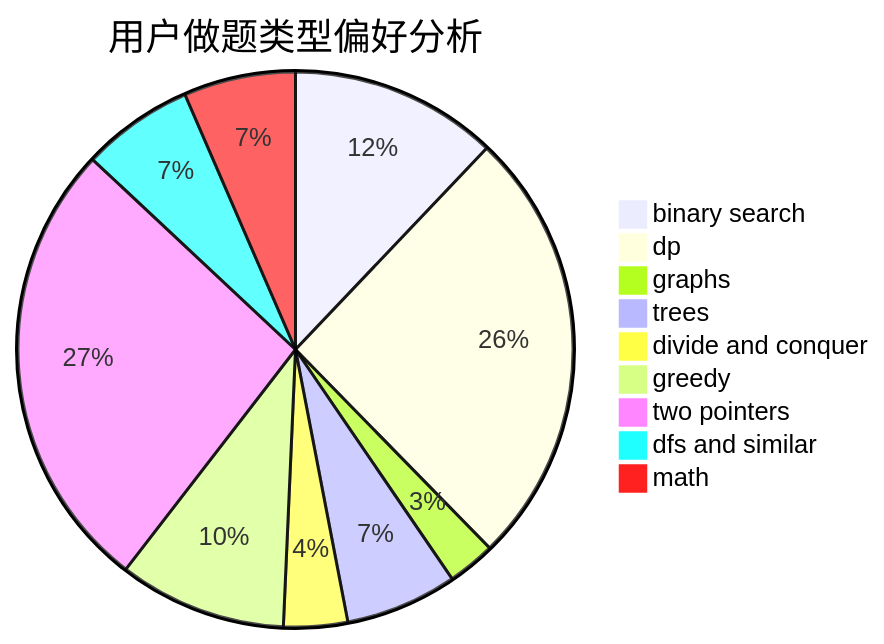
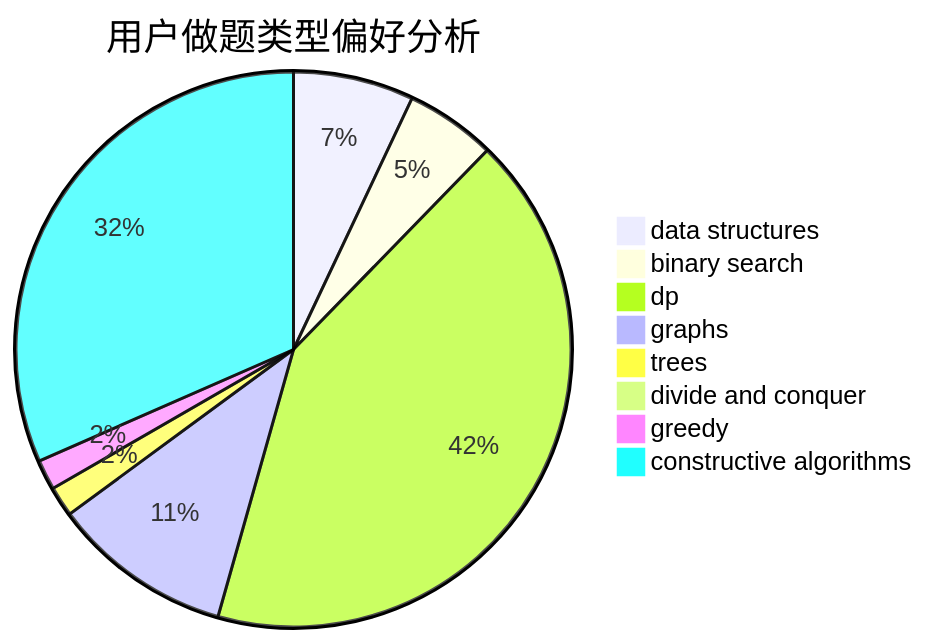
The second of 3 diagrams in docs/user/u2731.md (sherpahu/cfrs.github.io), drawn with Mermaid before and after one commit. The commit also changed other lines of this file and 2775 other files, not shown here.

````diff
--- a/docs/user/u2731.md
+++ b/docs/user/u2731.md
@@ -23,12 +23,11 @@
 ```mermaid
 pie title 用户做题类型偏好分析
-    "binary search" :  26
-    "dp" :  55
+    "data structures" :  4
+    "binary search" :  3
+    "dp" :  24
     "graphs" :  6
-    "trees" :  14
-    "divide and conquer" :  8
-    "greedy" :  21
-    "two pointers" :  57
-    "dfs and similar" :  14
-    "math" :  14
+    "trees" :  1
+    "divide and conquer" :  0
+    "greedy" :  1
+    "constructive algorithms" :  18
 ```
````
